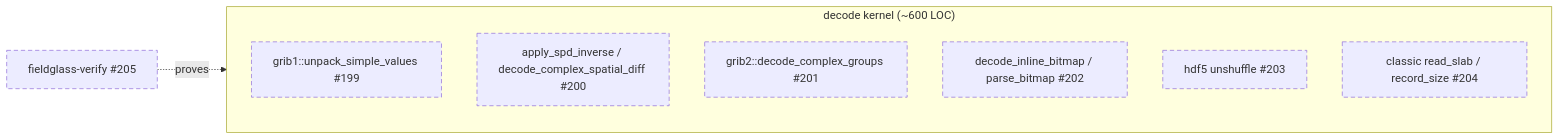
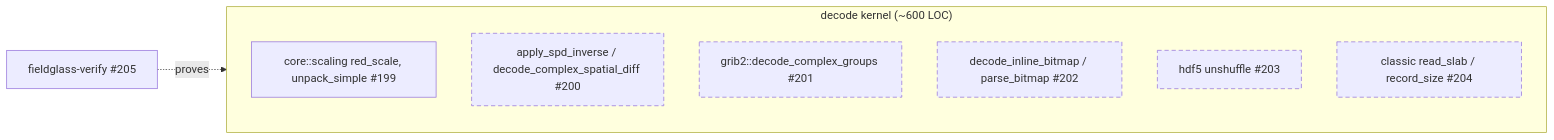
The sixth of 6 diagrams in docs/architecture/planned/02-trait-seams.md (D0ubleD0uble/fieldglass), drawn with Mermaid before and after one commit. The commit also changed other lines of this file and 2 other files, not shown here.

First line of the commit message:
docs(verify): record how proofs bind to shipped code, and what #199 proved

````diff
--- a/docs/architecture/planned/02-trait-seams.md
+++ b/docs/architecture/planned/02-trait-seams.md
@@ -393,14 +396,14 @@
 ```mermaid
 flowchart LR
     subgraph kernel["decode kernel (~600 LOC)"]
-        t1a["grib1::unpack_simple_values #199"]
+        t1a["core::scaling red_scale, unpack_simple #199"]
         t1b["apply_spd_inverse / decode_complex_spatial_diff #200"]
         t1c["grib2::decode_complex_groups #201"]
         t2a["decode_inline_bitmap / parse_bitmap #202"]
         t2b["hdf5 unshuffle #203"]
         t3["classic read_slab / record_size #204"]
     end
     verify["fieldglass-verify #205"] -. proves .-> kernel
     classDef planned stroke-dasharray: 6 4
-    class t1a,t1b,t1c,t2a,t2b,t3,verify planned
+    class t1b,t1c,t2a,t2b,t3 planned
 ```
````
